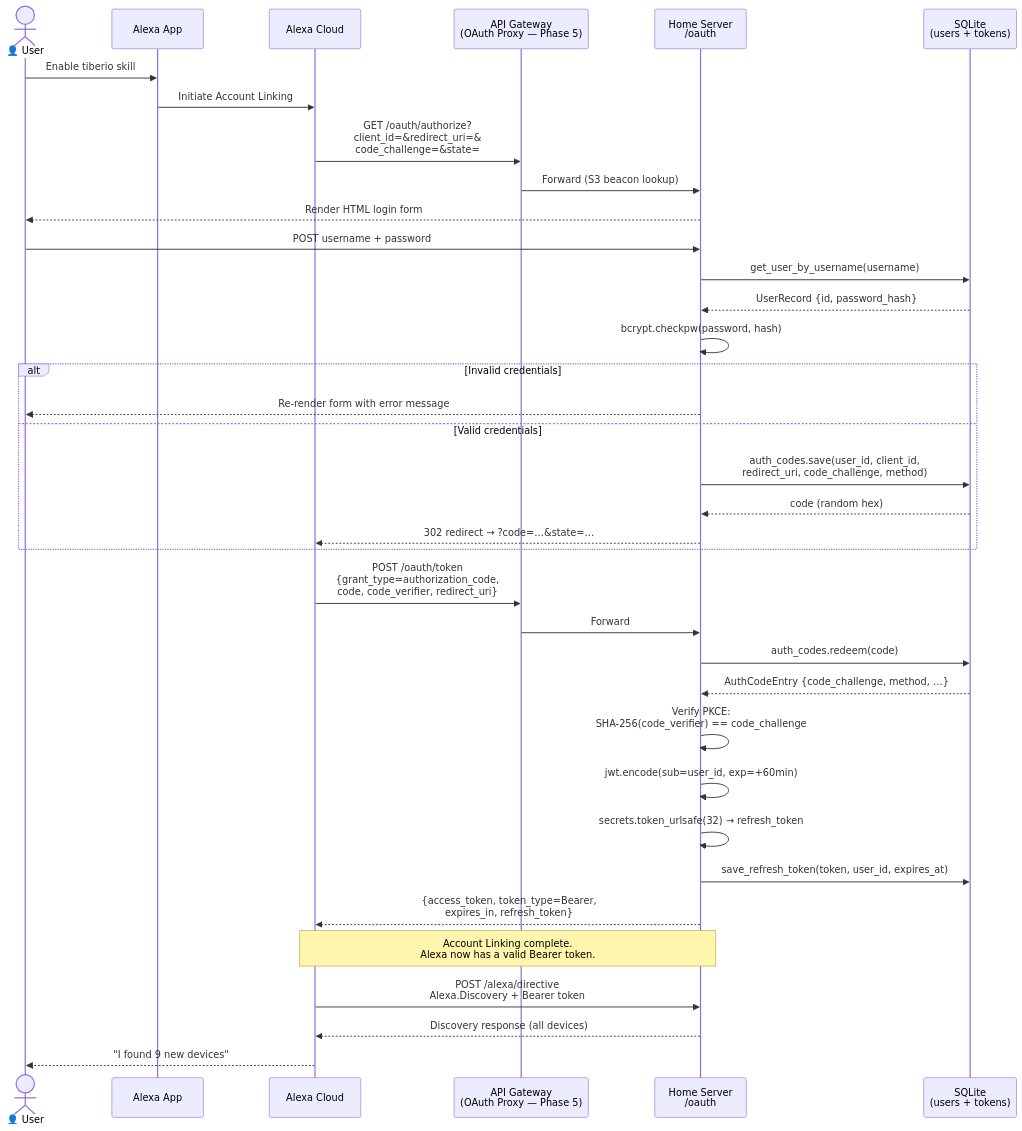
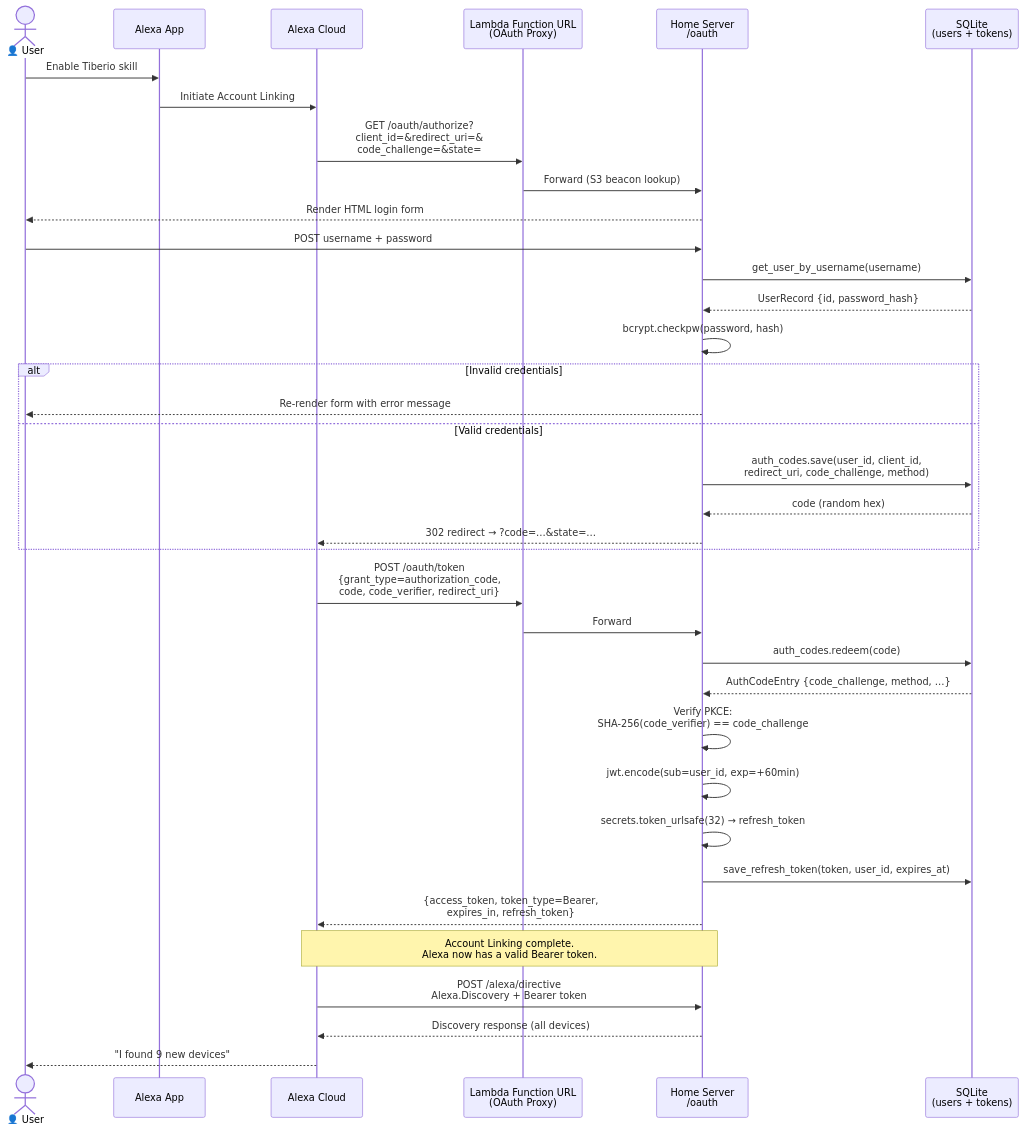
Before and after one commit to jenreh/pantau-alexa: the first of 3 diagrams in docs/architecture/message-flows.md, drawn with Mermaid. The commit also changed other lines of this file and 13 other files, not shown here.

First line of the commit message:
refactor(terraform): replace OAuth API Gateway with Lambda Function URL

````diff
--- a/docs/architecture/message-flows.md
+++ b/docs/architecture/message-flows.md
@@ -13,44 +13,44 @@
 ```mermaid
 sequenceDiagram
     actor User as 👤 User
     participant App as Alexa App
     participant Alexa as Alexa Cloud
-    participant APIGW as API Gateway<br/>(OAuth Proxy — Phase 5)
+    participant APIGW as Lambda Function URL<br/>(OAuth Proxy)
     participant HS as Home Server<br/>/oauth
     participant DB as SQLite<br/>(users + tokens)
 
-    User->>App: Enable tiberio skill
+    User->>App: Enable Tiberio skill
     App->>Alexa: Initiate Account Linking
     Alexa->>APIGW: GET /oauth/authorize?<br/>client_id=&redirect_uri=&<br/>code_challenge=&state=
     APIGW->>HS: Forward (S3 beacon lookup)
     HS-->>User: Render HTML login form
 
     User->>HS: POST username + password
     HS->>DB: get_user_by_username(username)
     DB-->>HS: UserRecord {id, password_hash}
     HS->>HS: bcrypt.checkpw(password, hash)
 
     alt Invalid credentials
         HS-->>User: Re-render form with error message
     else Valid credentials
         HS->>DB: auth_codes.save(user_id, client_id,<br/>redirect_uri, code_challenge, method)
         DB-->>HS: code (random hex)
         HS-->>Alexa: 302 redirect → ?code=…&state=…
     end
 
     Alexa->>APIGW: POST /oauth/token<br/>{grant_type=authorization_code,<br/>code, code_verifier, redirect_uri}
     APIGW->>HS: Forward
     HS->>DB: auth_codes.redeem(code)
     DB-->>HS: AuthCodeEntry {code_challenge, method, …}
     HS->>HS: Verify PKCE:<br/>SHA-256(code_verifier) == code_challenge
     HS->>HS: jwt.encode(sub=user_id, exp=+60min)
     HS->>HS: secrets.token_urlsafe(32) → refresh_token
     HS->>DB: save_refresh_token(token, user_id, expires_at)
     HS-->>Alexa: {access_token, token_type=Bearer,<br/>expires_in, refresh_token}
 
     Note over Alexa,HS: Account Linking complete.<br/>Alexa now has a valid Bearer token.
 
     Alexa->>HS: POST /alexa/directive<br/>Alexa.Discovery + Bearer token
     HS-->>Alexa: Discovery response (all devices)
     Alexa-->>User: "I found 9 new devices"
 ```
````
